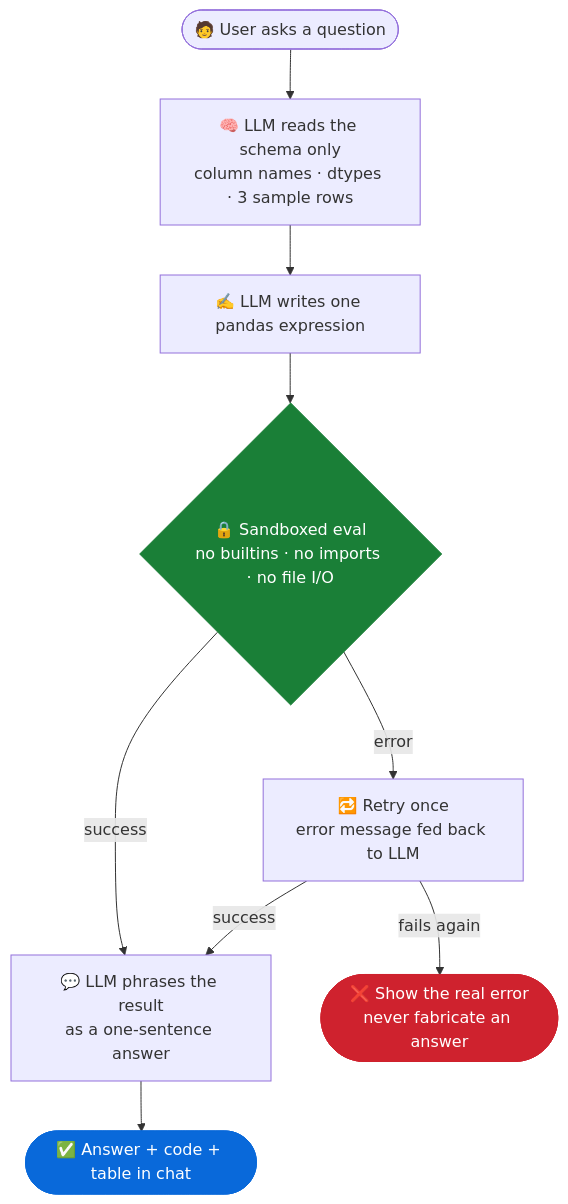
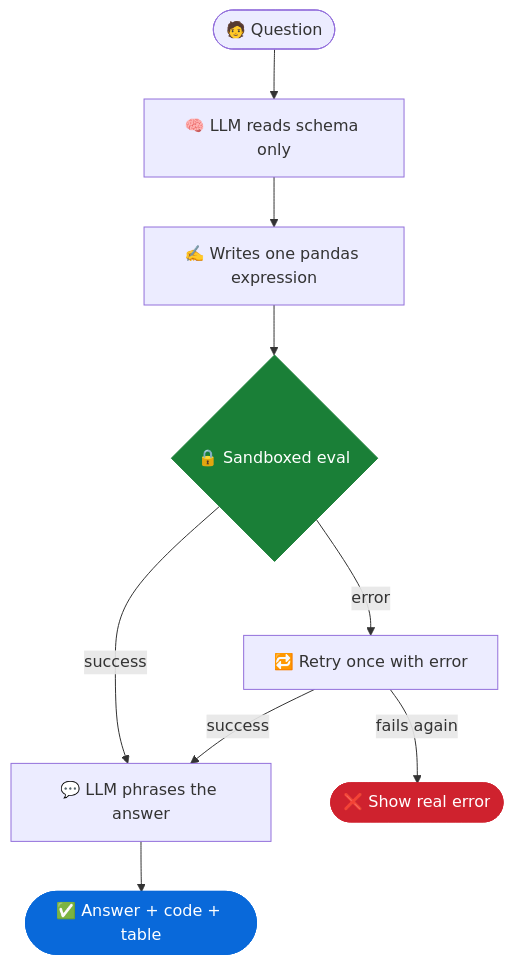
Before and after one commit to arnavvpareek/csv-chat-assistant: the diagram in README.md, drawn with Mermaid. The commit also changed other lines of this file, not shown here.

Commit message:
README: add ReAct theory walkthrough, compact the flowchart

````diff
--- a/README.md
+++ b/README.md
@@ -21,15 +37,15 @@
 ```mermaid
 flowchart TD
-    A(["🧑 User asks a question"]) --> B["🧠 LLM reads the schema only<br/>column names · dtypes · 3 sample rows"]
-    B --> C["✍️ LLM writes one pandas expression"]
-    C --> D{"🔒 Sandboxed eval<br/>no builtins · no imports · no file I/O"}
-    D -->|success| E["💬 LLM phrases the result<br/>as a one-sentence answer"]
-    D -->|error| F["🔁 Retry once<br/>error message fed back to LLM"]
+    A(["🧑 Question"]) --> B["🧠 LLM reads schema only"]
+    B --> C["✍️ Writes one pandas expression"]
+    C --> D{"🔒 Sandboxed eval"}
+    D -->|success| E["💬 LLM phrases the answer"]
+    D -->|error| F["🔁 Retry once with error"]
     F -->|success| E
-    F -->|fails again| G(["❌ Show the real error<br/>never fabricate an answer"])
-    E --> H(["✅ Answer + code + table in chat"])
+    F -->|fails again| G(["❌ Show real error"])
+    E --> H(["✅ Answer + code + table"])
 
     style D fill:#1a7f37,color:#fff,stroke:#1a7f37
     style G fill:#cf222e,color:#fff,stroke:#cf222e
     style H fill:#0969da,color:#fff,stroke:#0969da
 ```
````
